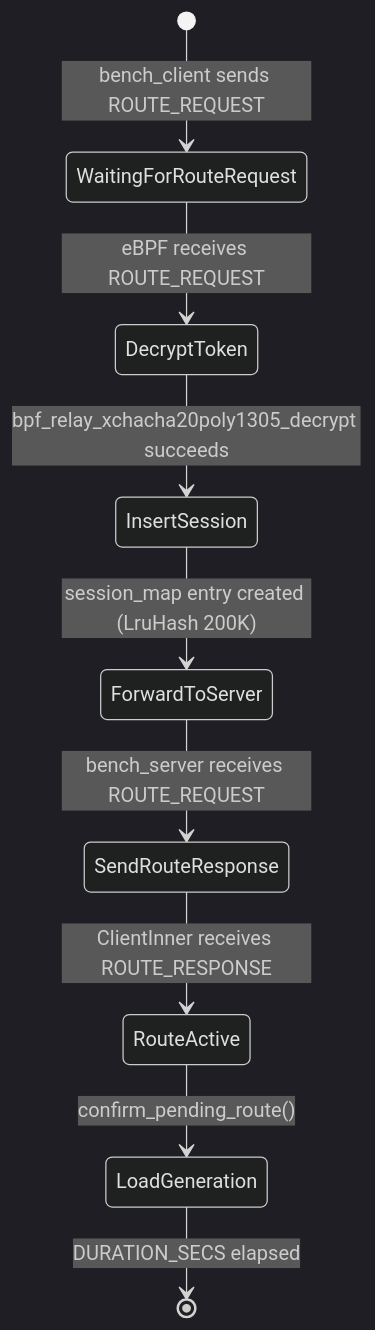
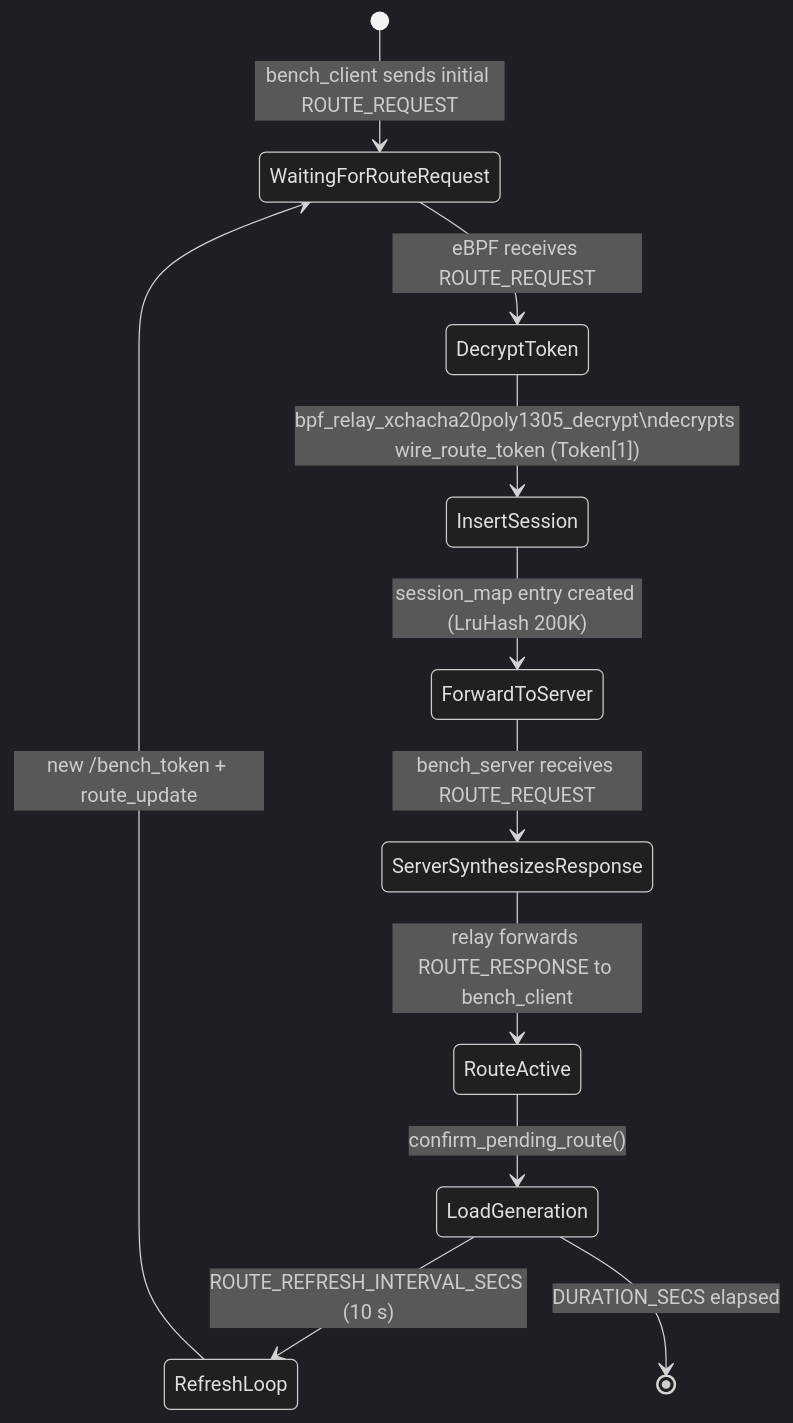
One commit to brianpht/relay-xdp changed the fourth of 4 diagrams in relay-bench/README.md. Above: the diagram before and after it, drawn with Mermaid (dark theme). The commit also changed other lines of this file and 4 other files, not shown here.

````diff
--- a/relay-bench/README.md
+++ b/relay-bench/README.md
@@ -157,11 +227,13 @@
 ```mermaid
 stateDiagram-v2
-  [*] --> WaitingForRouteRequest : bench_client sends ROUTE_REQUEST
+  [*] --> WaitingForRouteRequest : bench_client sends initial ROUTE_REQUEST
   WaitingForRouteRequest --> DecryptToken : eBPF receives ROUTE_REQUEST
-  DecryptToken --> InsertSession : bpf_relay_xchacha20poly1305_decrypt succeeds
+  DecryptToken --> InsertSession : bpf_relay_xchacha20poly1305_decrypt\ndecrypts wire_route_token (Token[1])
   InsertSession --> ForwardToServer : session_map entry created (LruHash 200K)
-  ForwardToServer --> SendRouteResponse : bench_server receives ROUTE_REQUEST
-  SendRouteResponse --> RouteActive : ClientInner receives ROUTE_RESPONSE
+  ForwardToServer --> ServerSynthesizesResponse : bench_server receives ROUTE_REQUEST
+  ServerSynthesizesResponse --> RouteActive : relay forwards ROUTE_RESPONSE to bench_client
   RouteActive --> LoadGeneration : confirm_pending_route()
+  LoadGeneration --> RefreshLoop : ROUTE_REFRESH_INTERVAL_SECS (10 s)
+  RefreshLoop --> WaitingForRouteRequest : new /bench_token + route_update
   LoadGeneration --> [*] : DURATION_SECS elapsed
 ```
````
